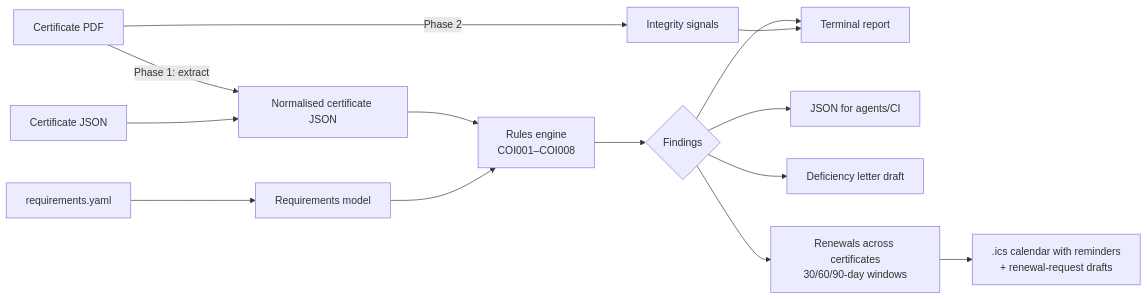
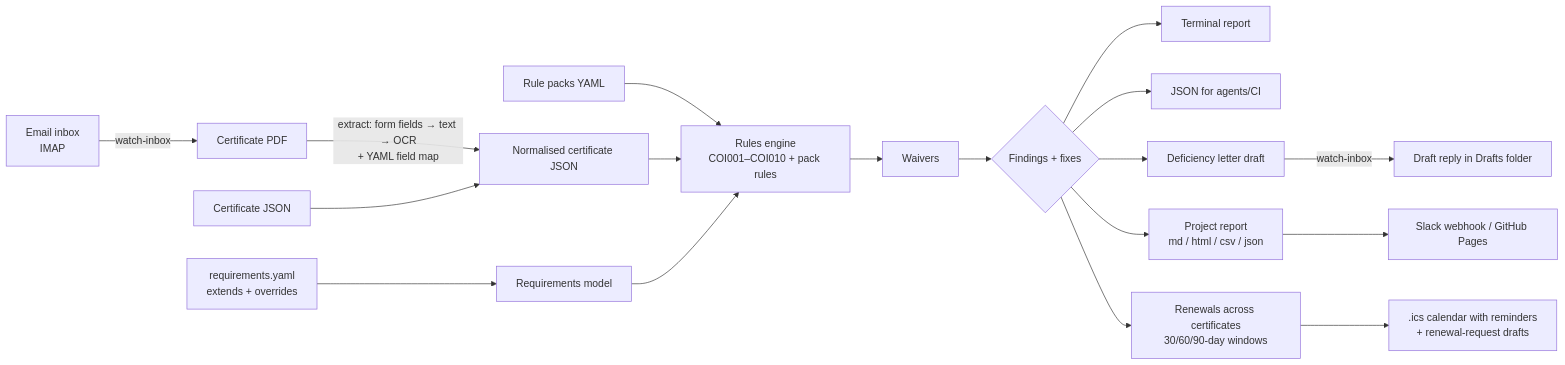
Before and after one commit to AagamS06/coi-lint: the diagram in Architecture.md, drawn with Mermaid. The commit also changed other lines of this file and 38 other files, not shown here.

First line of the commit message:
release: v0.3.0 - PDF extraction, waivers, rule packs, project report, inbox watcher

````diff
--- a/Architecture.md
+++ b/Architecture.md
@@ -5,16 +5,20 @@
 ```mermaid
 flowchart LR
-    A[Certificate PDF] -->|Phase 1: extract| B[Normalised certificate JSON]
+    M[Email inbox<br/>IMAP] -->|watch-inbox| A
+    A[Certificate PDF] -->|extract: form fields → text → OCR<br/>+ YAML field map| B[Normalised certificate JSON]
     J[Certificate JSON] --> B
-    R[requirements.yaml] --> C[Requirements model]
-    B --> D[Rules engine<br/>COI001–COI008]
+    R[requirements.yaml<br/>extends + overrides] --> C[Requirements model]
+    P[Rule packs YAML] --> D
+    B --> D[Rules engine<br/>COI001–COI010 + pack rules]
     C --> D
-    D --> E{Findings}
+    D --> W[Waivers]
+    W --> E{Findings + fixes}
     E --> F[Terminal report]
     E --> G[JSON for agents/CI]
     E --> H[Deficiency letter draft]
+    E --> X[Project report<br/>md / html / csv / json]
     E --> L[Renewals across certificates<br/>30/60/90-day windows]
     L --> I[.ics calendar with reminders<br/>+ renewal-request drafts]
-    A -->|Phase 2| K[Integrity signals]
-    K --> F
+    H -->|watch-inbox| Q[Draft reply in Drafts folder]
+    X --> S[Slack webhook / GitHub Pages]
 ```
````
